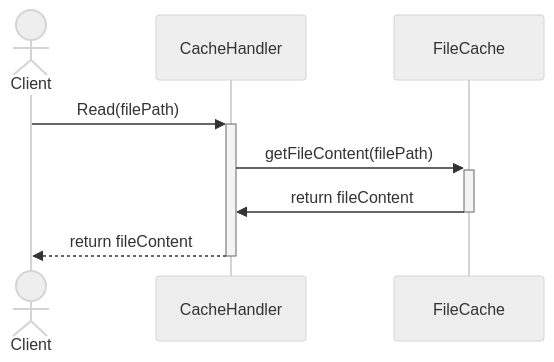
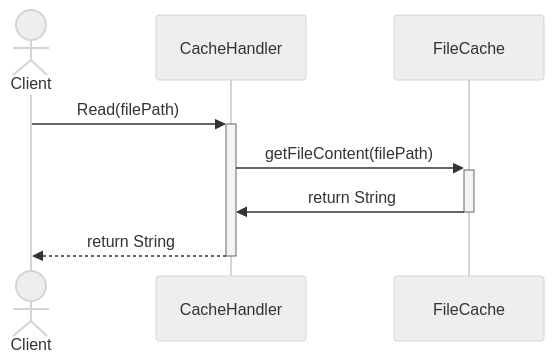
Before and after one commit to kaitokimuraofficial/distributed-file-systems: the third of 4 diagrams in design/sequence.md, drawn with Mermaid (neutral theme). The commit also changed other lines of this file, not shown here.

````diff
--- a/design/sequence.md
+++ b/design/sequence.md
@@ -18,12 +38,12 @@
 ```mermaid
 sequenceDiagram
 
   actor C as Client
   participant CH as CacheHandler
   participant FC as FileCache
 
   C->>+CH: Read(filePath)
   CH->>+FC: getFileContent(filePath)
-  FC->>-CH: return fileContent
-  CH-->>-C:  return fileContent
+  FC->>-CH: return String
+  CH-->>-C:  return String
 ```
````
